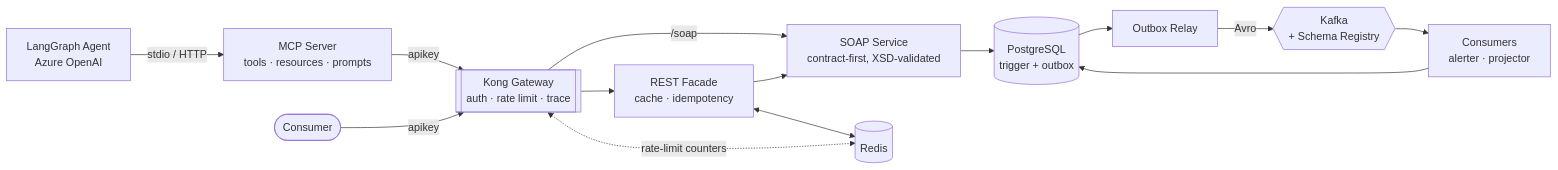
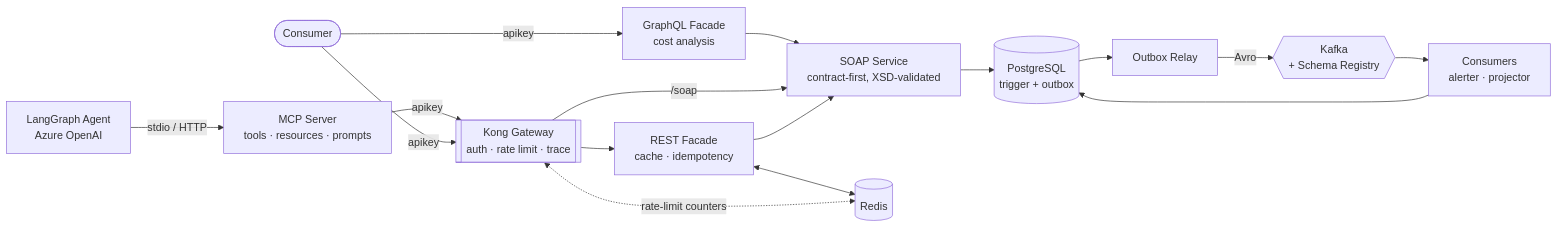
The diagram in README.md (jdoan5/Integration-and-API-Platform), drawn with Mermaid before and after one commit. The commit also changed other lines of this file and 38 other files, not shown here.

````diff
--- a/README.md
+++ b/README.md
@@ -15,28 +15,31 @@
 ```mermaid
 flowchart LR
     Client([Consumer])
     Agent["LangGraph Agent<br/>Azure OpenAI"]
     MCP["MCP Server<br/>tools · resources · prompts"]
     Kong[["Kong Gateway<br/>auth · rate limit · trace"]]
     REST["REST Facade<br/>cache · idempotency"]
     SOAP["SOAP Service<br/>contract-first, XSD-validated"]
     Redis[("Redis")]
     PG[("PostgreSQL<br/>trigger + outbox")]
     Relay["Outbox Relay"]
     Kafka{{"Kafka<br/>+ Schema Registry"}}
     Cons["Consumers<br/>alerter · projector"]
 
     Agent -->|stdio / HTTP| MCP
     MCP -->|apikey| Kong
+    GQL["GraphQL Facade<br/>cost analysis"]
+    Client -->|apikey| GQL
+    GQL --> SOAP
     Client -->|apikey| Kong
     Kong --> REST
     Kong -->|/soap| SOAP
     REST --> SOAP
     REST <--> Redis
     Kong <-.->|rate-limit counters| Redis
     SOAP --> PG
     PG --> Relay
     Relay -->|Avro| Kafka
     Kafka --> Cons
     Cons --> PG
 ```
````
